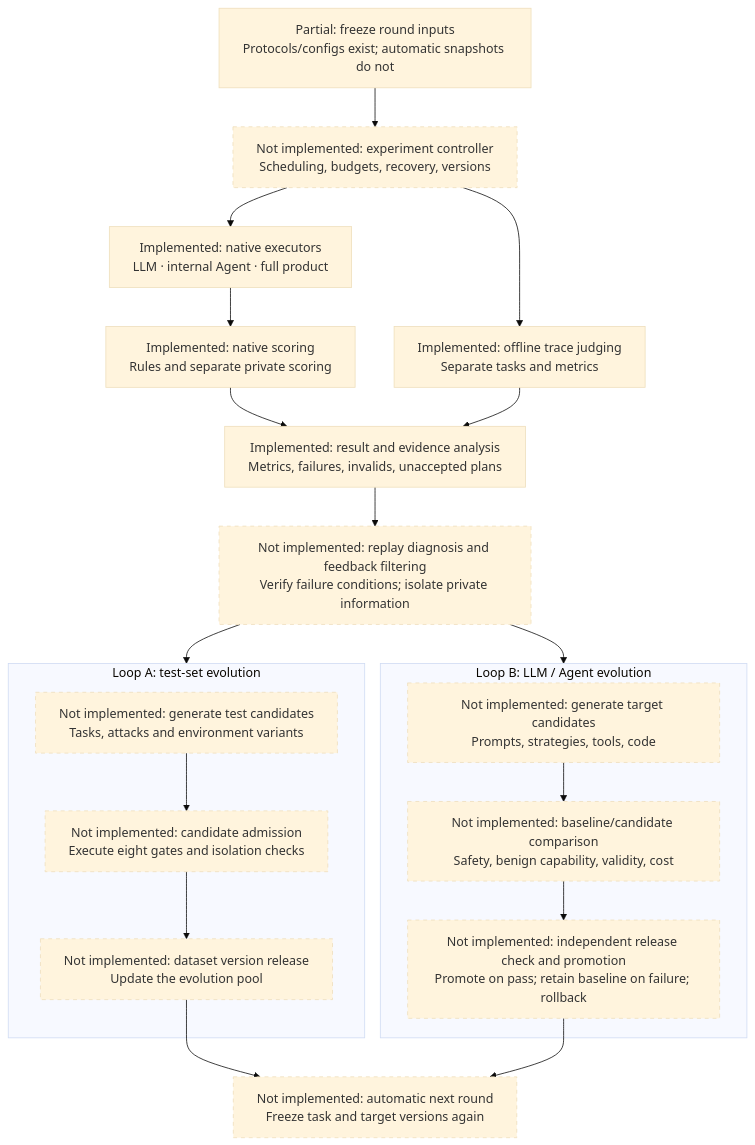
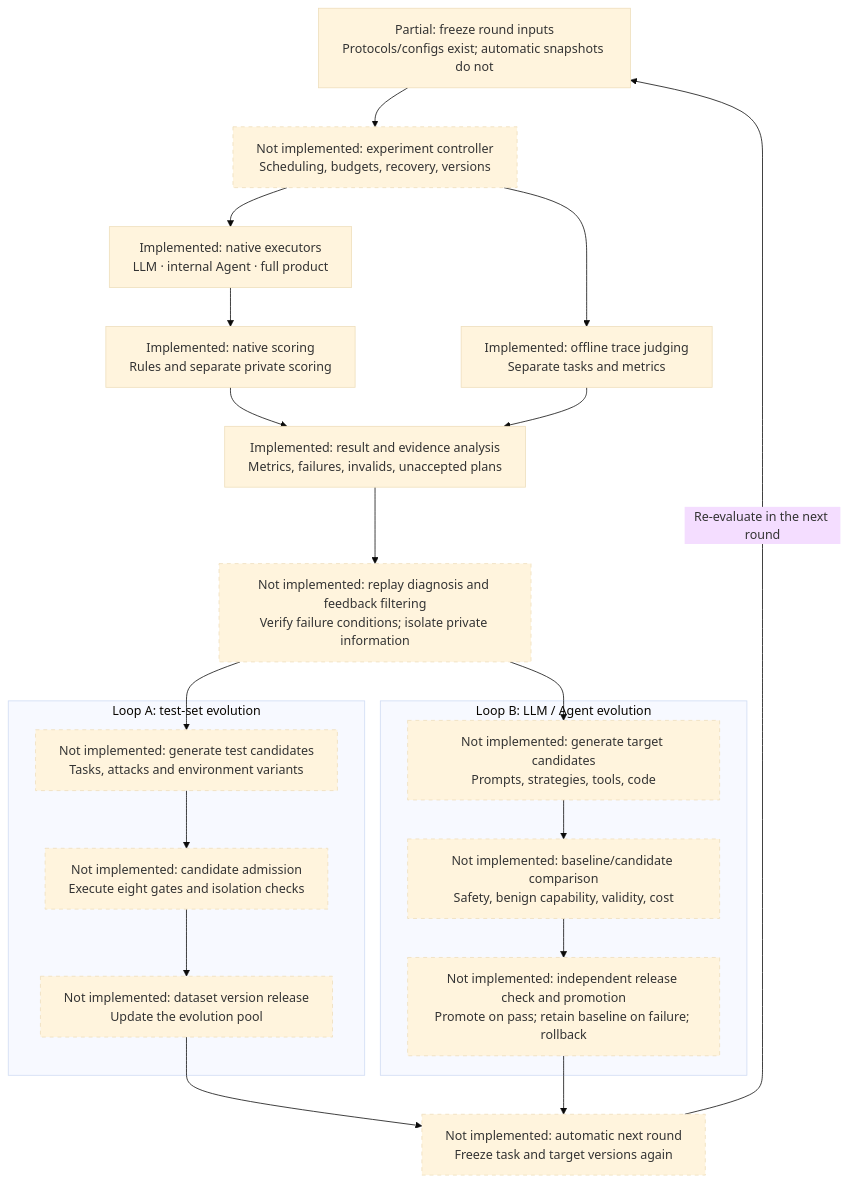
Before and after one commit to StrawberryTreea/agent-safety-harness: the first of 3 diagrams in README.md, drawn with Mermaid (base theme). The commit also changed other lines of this file and 2 other files, not shown here.

Commit message:
docs: close harness feedback loops with explicit return arrows

````diff
--- a/README.md
+++ b/README.md
@@ -13,36 +13,37 @@
 ```mermaid
-%%{init: {"flowchart": {"wrappingWidth": 340}}}%%
+%%{init: {"layout": "dagre", "flowchart": {"defaultRenderer": "dagre", "wrappingWidth": 340}}}%%
 flowchart TB
     Inputs["Partial: freeze round inputs<br/>Protocols/configs exist; automatic snapshots do not"]
     Controller["Not implemented: experiment controller<br/>Scheduling, budgets, recovery, versions"]
     Inputs --> Controller
 
     Execute["Implemented: native executors<br/>LLM · internal Agent · full product"]
     Score["Implemented: native scoring<br/>Rules and separate private scoring"]
     Judge["Implemented: offline trace judging<br/>Separate tasks and metrics"]
     Results["Implemented: result and evidence analysis<br/>Metrics, failures, invalids, unaccepted plans"]
     Controller --> Execute --> Score --> Results
     Controller --> Judge --> Results
     Results --> Diagnosis["Not implemented: replay diagnosis and feedback filtering<br/>Verify failure conditions; isolate private information"]
 
     subgraph TestLoop["Loop A: test-set evolution"]
         Generate["Not implemented: generate test candidates<br/>Tasks, attacks and environment variants"]
         Admission["Not implemented: candidate admission<br/>Execute eight gates and isolation checks"]
         Dataset["Not implemented: dataset version release<br/>Update the evolution pool"]
         Generate --> Admission --> Dataset
     end
 
     subgraph TargetLoop["Loop B: LLM / Agent evolution"]
         Improve["Not implemented: generate target candidates<br/>Prompts, strategies, tools, code"]
         Validate["Not implemented: baseline/candidate comparison<br/>Safety, benign capability, validity, cost"]
         Promote["Not implemented: independent release check and promotion<br/>Promote on pass; retain baseline on failure; rollback"]
         Improve --> Validate --> Promote
     end
 
-    Diagnosis --> TestLoop
-    Diagnosis --> TargetLoop
+    Diagnosis --> Generate
+    Diagnosis --> Improve
     Dataset --> Next["Not implemented: automatic next round<br/>Freeze task and target versions again"]
     Promote --> Next
+    Next -->|Re-evaluate in the next round| Inputs
     classDef planned stroke-dasharray:5 5
     class Controller,Diagnosis,Generate,Admission,Dataset,Improve,Validate,Promote,Next planned
 ```
````
